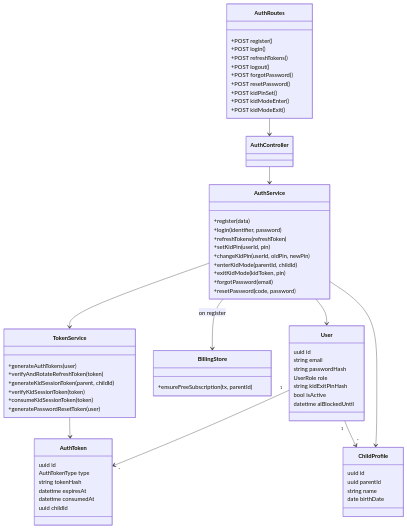
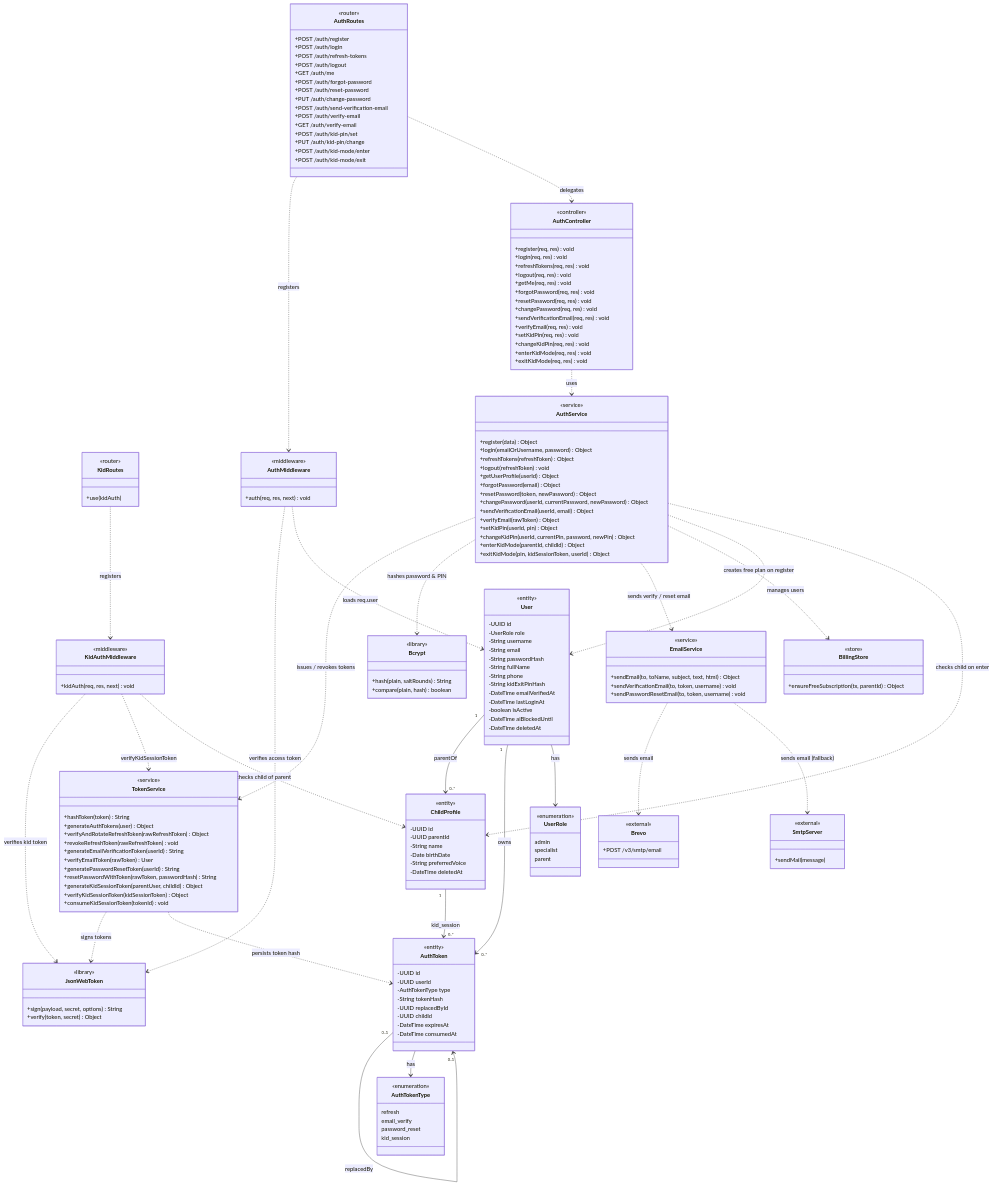
The diagram in docs/diagrams/sdd/3.1-auth-class.mmd (SEP490-GFA26SE186/BE), drawn with Mermaid before and after one commit. The commit also changed 7 other files, not shown here.

First line of the commit message:
Add class diagrams for story management, AI generation, narration, illustration, and seller moderation

```diff
--- a/docs/diagrams/sdd/3.1-auth-class.mmd
+++ b/docs/diagrams/sdd/3.1-auth-class.mmd
@@ -1,67 +1,202 @@
 classDiagram
   class AuthRoutes {
-    +POST register()
-    +POST login()
-    +POST refreshTokens()
-    +POST logout()
-    +POST forgotPassword()
-    +POST resetPassword()
-    +POST kidPinSet()
-    +POST kidModeEnter()
-    +POST kidModeExit()
+    <<router>>
+    +POST /auth/register
+    +POST /auth/login
+    +POST /auth/refresh-tokens
+    +POST /auth/logout
+    +GET /auth/me
+    +POST /auth/forgot-password
+    +POST /auth/reset-password
+    +PUT /auth/change-password
+    +POST /auth/send-verification-email
+    +POST /auth/verify-email
+    +GET /auth/verify-email
+    +POST /auth/kid-pin/set
+    +PUT /auth/kid-pin/change
+    +POST /auth/kid-mode/enter
+    +POST /auth/kid-mode/exit
   }
-  class AuthController
+
+  class KidRoutes {
+    <<router>>
+    +use(kidAuth)
+  }
+
+  class AuthMiddleware {
+    <<middleware>>
+    +auth(req, res, next) void
+  }
+
+  class KidAuthMiddleware {
+    <<middleware>>
+    +kidAuth(req, res, next) void
+  }
+
+  class AuthController {
+    <<controller>>
+    +register(req, res) void
+    +login(req, res) void
+    +refreshTokens(req, res) void
+    +logout(req, res) void
+    +getMe(req, res) void
+    +forgotPassword(req, res) void
+    +resetPassword(req, res) void
+    +changePassword(req, res) void
+    +sendVerificationEmail(req, res) void
+    +verifyEmail(req, res) void
+    +setKidPin(req, res) void
+    +changeKidPin(req, res) void
+    +enterKidMode(req, res) void
+    +exitKidMode(req, res) void
+  }
+
   class AuthService {
-    +register(data)
-    +login(identifier, password)
-    +refreshTokens(refreshToken)
-    +setKidPin(userId, pin)
-    +changeKidPin(userId, oldPin, newPin)
-    +enterKidMode(parentId, childId)
-    +exitKidMode(kidToken, pin)
-    +forgotPassword(email)
-    +resetPassword(code, password)
+    <<service>>
+    +register(data) Object
+    +login(emailOrUsername, password) Object
+    +refreshTokens(refreshToken) Object
+    +logout(refreshToken) void
+    +getUserProfile(userId) Object
+    +forgotPassword(email) Object
+    +resetPassword(token, newPassword) Object
+    +changePassword(userId, currentPassword, newPassword) Object
+    +sendVerificationEmail(userId, email) Object
+    +verifyEmail(rawToken) Object
+    +setKidPin(userId, pin) Object
+    +changeKidPin(userId, currentPin, password, newPin) Object
+    +enterKidMode(parentId, childId) Object
+    +exitKidMode(pin, kidSessionToken, userId) Object
   }
+
   class TokenService {
-    +generateAuthTokens(user)
-    +verifyAndRotateRefreshToken(token)
-    +generateKidSessionToken(parent, childId)
-    +verifyKidSessionToken(token)
-    +consumeKidSessionToken(token)
-    +generatePasswordResetToken(user)
+    <<service>>
+    +hashToken(token) String
+    +generateAuthTokens(user) Object
+    +verifyAndRotateRefreshToken(rawRefreshToken) Object
+    +revokeRefreshToken(rawRefreshToken) void
+    +generateEmailVerificationToken(userId) String
+    +verifyEmailToken(rawToken) User
+    +generatePasswordResetToken(userId) String
+    +resetPasswordWithToken(rawToken, passwordHash) String
+    +generateKidSessionToken(parentUser, childId) Object
+    +verifyKidSessionToken(kidSessionToken) Object
+    +consumeKidSessionToken(tokenId) void
   }
+
+  class EmailService {
+    <<service>>
+    +sendEmail(to, toName, subject, text, html) Object
+    +sendVerificationEmail(to, token, username) void
+    +sendPasswordResetEmail(to, token, username) void
+  }
+
   class BillingStore {
-    +ensureFreeSubscription(tx, parentId)
+    <<store>>
+    +ensureFreeSubscription(tx, parentId) Object
   }
+
+  class Bcrypt {
+    <<library>>
+    +hash(plain, saltRounds) String
+    +compare(plain, hash) boolean
+  }
+
+  class JsonWebToken {
+    <<library>>
+    +sign(payload, secret, options) String
+    +verify(token, secret) Object
+  }
+
+  class Brevo {
+    <<external>>
+    +POST /v3/smtp/email
+  }
+
+  class SmtpServer {
+    <<external>>
+    +sendMail(message)
+  }
+
   class User {
-    uuid id
-    string email
-    string passwordHash
-    UserRole role
-    string kidExitPinHash
-    bool isActive
-    datetime aiBlockedUntil
+    <<entity>>
+    -UUID id
+    -UserRole role
+    -String username
+    -String email
+    -String passwordHash
+    -String fullName
+    -String phone
+    -String kidExitPinHash
+    -DateTime emailVerifiedAt
+    -DateTime lastLoginAt
+    -boolean isActive
+    -DateTime aiBlockedUntil
+    -DateTime deletedAt
   }
+
+  class ChildProfile {
+    <<entity>>
+    -UUID id
+    -UUID parentId
+    -String name
+    -Date birthDate
+    -String preferredVoice
+    -DateTime deletedAt
+  }
+
   class AuthToken {
-    uuid id
-    AuthTokenType type
-    string tokenHash
-    datetime expiresAt
-    datetime consumedAt
-    uuid childId
+    <<entity>>
+    -UUID id
+    -UUID userId
+    -AuthTokenType type
+    -String tokenHash
+    -UUID replacedById
+    -UUID childId
+    -DateTime expiresAt
+    -DateTime consumedAt
   }
-  class ChildProfile {
-    uuid id
-    uuid parentId
-    string name
-    date birthDate
+
+  class UserRole {
+    <<enumeration>>
+    admin
+    specialist
+    parent
   }
-  AuthRoutes --> AuthController
-  AuthController --> AuthService
-  AuthService --> TokenService
-  AuthService --> BillingStore : on register
-  TokenService --> AuthToken
-  AuthService --> User
-  AuthService --> ChildProfile
-  User "1" --> "*" AuthToken
-  User "1" --> "*" ChildProfile
+
+  class AuthTokenType {
+    <<enumeration>>
+    refresh
+    email_verify
+    password_reset
+    kid_session
+  }
+
+  %% Phụ thuộc (dependency): lớp này gọi / dùng lớp kia
+  AuthRoutes ..> AuthMiddleware : registers
+  AuthRoutes ..> AuthController : delegates
+  KidRoutes ..> KidAuthMiddleware : registers
+  AuthController ..> AuthService : uses
+  AuthMiddleware ..> JsonWebToken : verifies access token
+  AuthMiddleware ..> User : loads req.user
+  KidAuthMiddleware ..> JsonWebToken : verifies kid token
+  KidAuthMiddleware ..> TokenService : verifyKidSessionToken
+  KidAuthMiddleware ..> ChildProfile : checks child of parent
+  AuthService ..> TokenService : issues / revokes tokens
+  AuthService ..> Bcrypt : hashes password & PIN
+  AuthService ..> EmailService : sends verify / reset email
+  AuthService ..> BillingStore : creates free plan on register
+  AuthService ..> User : manages users
+  AuthService ..> ChildProfile : checks child on enter
+  TokenService ..> JsonWebToken : signs tokens
+  TokenService ..> AuthToken : persists token hash
+  EmailService ..> Brevo : sends email
+  EmailService ..> SmtpServer : sends email (fallback)
+
+  %% Quan hệ dữ liệu (association): khóa ngoại trong database
+  User "1" --> "0..*" ChildProfile : parentOf
+  User "1" --> "0..*" AuthToken : owns
+  ChildProfile "1" --> "0..*" AuthToken : kid_session
+  AuthToken "0..1" --> "0..1" AuthToken : replacedBy
+  User --> UserRole : has
+  AuthToken --> AuthTokenType : has
```
